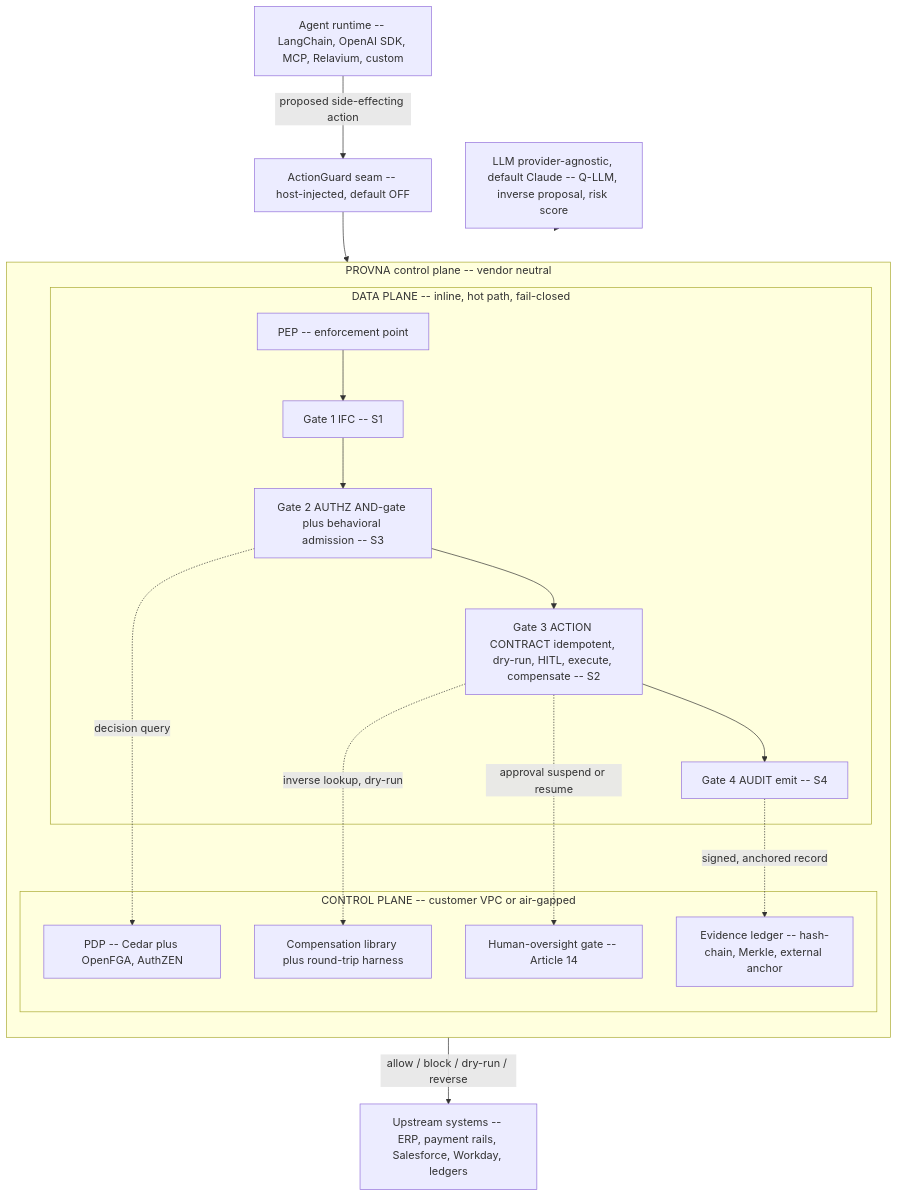
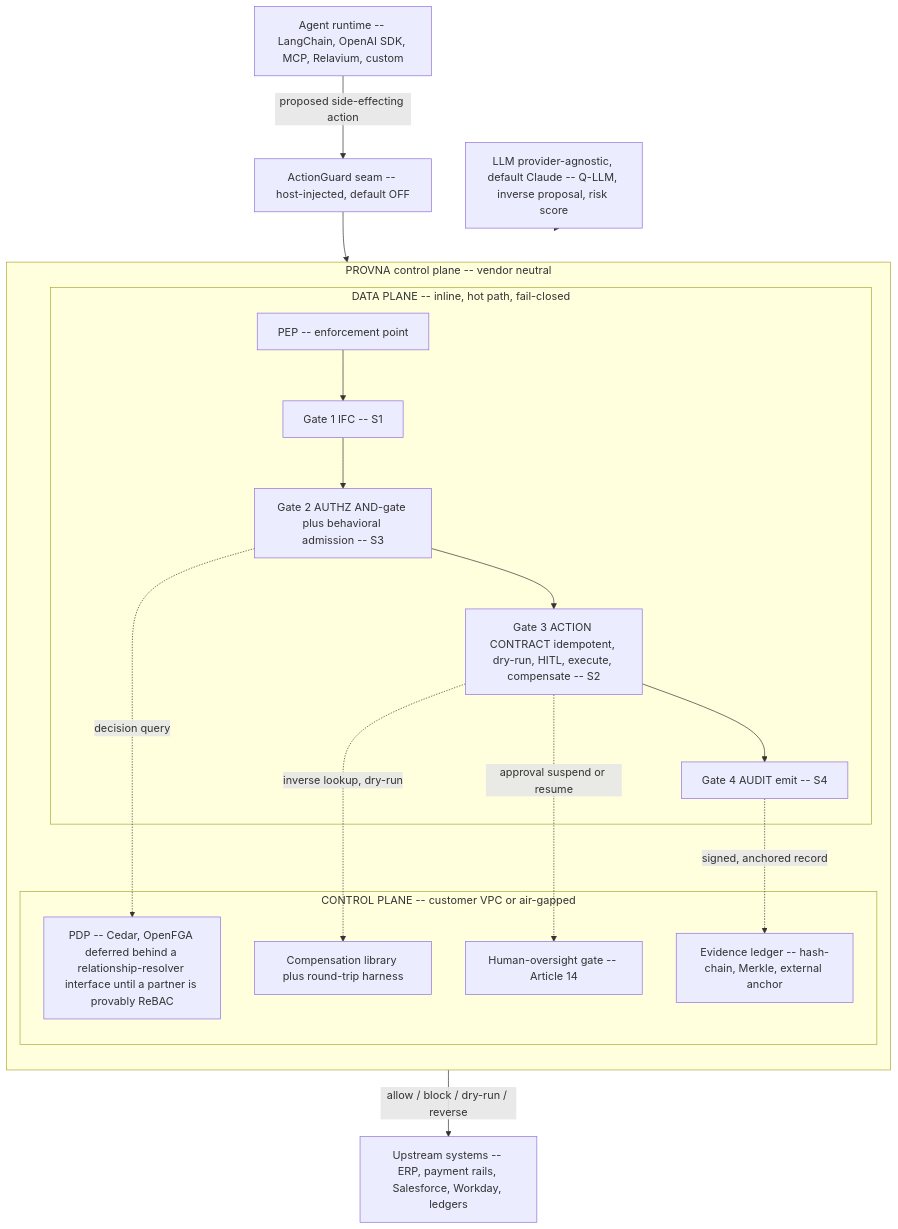
One commit to HodeTech/provna changed the diagram in docs/architecture/overview.md. Above: the diagram before and after it, drawn with Mermaid. The commit also changed other lines of this file and 24 other files, not shown here.

````diff
--- a/docs/architecture/overview.md
+++ b/docs/architecture/overview.md
@@ -7,28 +7,28 @@
 ```mermaid
 flowchart TD
     AG["Agent runtime -- LangChain, OpenAI SDK, MCP, Relavium, custom"] -->|"proposed side-effecting action"| SEAM["ActionGuard seam -- host-injected, default OFF"]
     SEAM --> CP
     subgraph CP["PROVNA control plane -- vendor neutral"]
         direction TB
         subgraph DATA["DATA PLANE -- inline, hot path, fail-closed"]
             PEP["PEP -- enforcement point"]
             G1["Gate 1 IFC -- S1"]
             G2["Gate 2 AUTHZ AND-gate plus behavioral admission -- S3"]
             G3["Gate 3 ACTION CONTRACT idempotent, dry-run, HITL, execute, compensate -- S2"]
             G4["Gate 4 AUDIT emit -- S4"]
             PEP --> G1 --> G2 --> G3 --> G4
         end
         subgraph CTRL["CONTROL PLANE -- customer VPC or air-gapped"]
-            PDP["PDP -- Cedar plus OpenFGA, AuthZEN"]
+            PDP["PDP -- Cedar, OpenFGA deferred behind a relationship-resolver interface until a partner is provably ReBAC"]
             COMP["Compensation library plus round-trip harness"]
             LEDGER["Evidence ledger -- hash-chain, Merkle, external anchor"]
             HITL["Human-oversight gate -- Article 14"]
         end
         G2 -.->|"decision query"| PDP
         G3 -.->|"inverse lookup, dry-run"| COMP
         G3 -.->|"approval suspend or resume"| HITL
         G4 -.->|"signed, anchored record"| LEDGER
     end
     CP -->|"allow / block / dry-run / reverse"| SYS["Upstream systems -- ERP, payment rails, Salesforce, Workday, ledgers"]
     LLM["LLM provider-agnostic, default Claude -- Q-LLM, inverse proposal, risk score"] -.-> DATA
 ```
````
